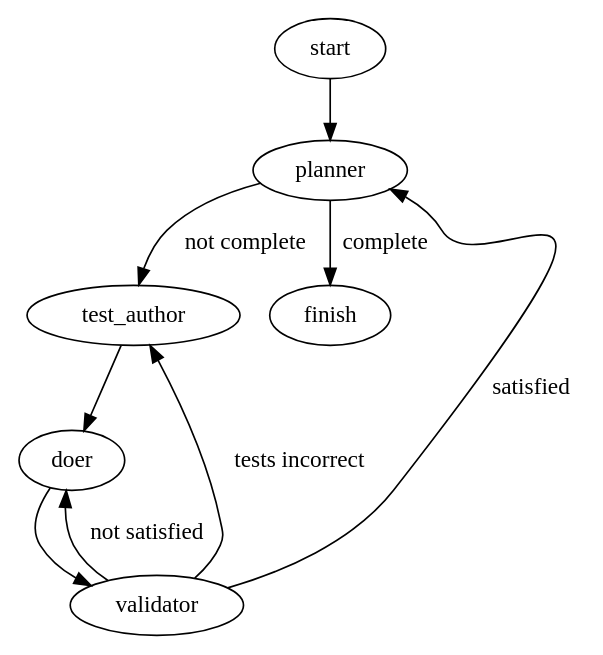
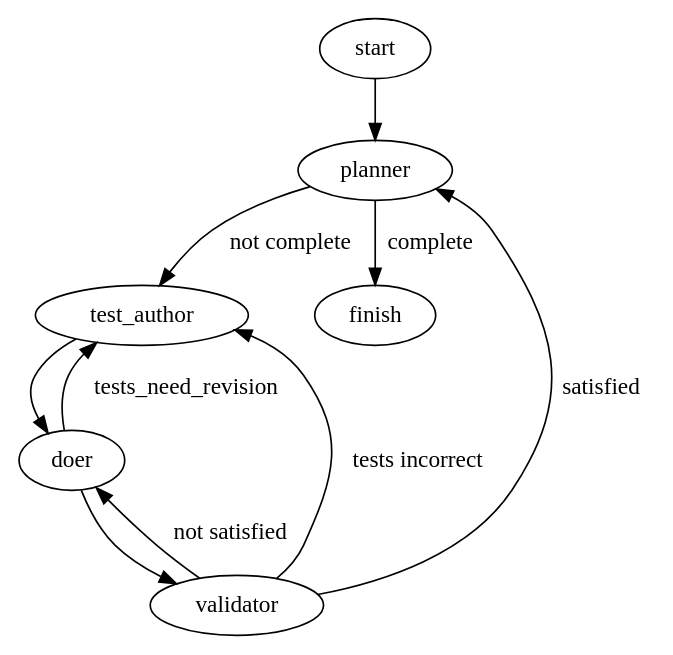
Before and after one commit to ed-snodgrass/architecture-review: the diagram in arch-r/.assembly-lines/careful.dot, drawn with Graphviz. The commit also changed 3 other files, not shown here.

Commit message:
factory changes to allow for doer to note that tests require revising

```diff
--- a/arch-r/.assembly-lines/careful.dot
+++ b/arch-r/.assembly-lines/careful.dot
@@ -1,10 +1,11 @@
 digraph assembly_line {
   start -> planner
   planner -> test_author [label="not complete"]
   planner -> finish      [label="complete"]
   test_author -> doer
+  doer -> test_author [label="tests_need_revision"]
   doer -> validator
   validator -> doer      [label="not satisfied"]
   validator -> test_author [label="tests incorrect"]
   validator -> planner   [label="satisfied"]
 }
```
